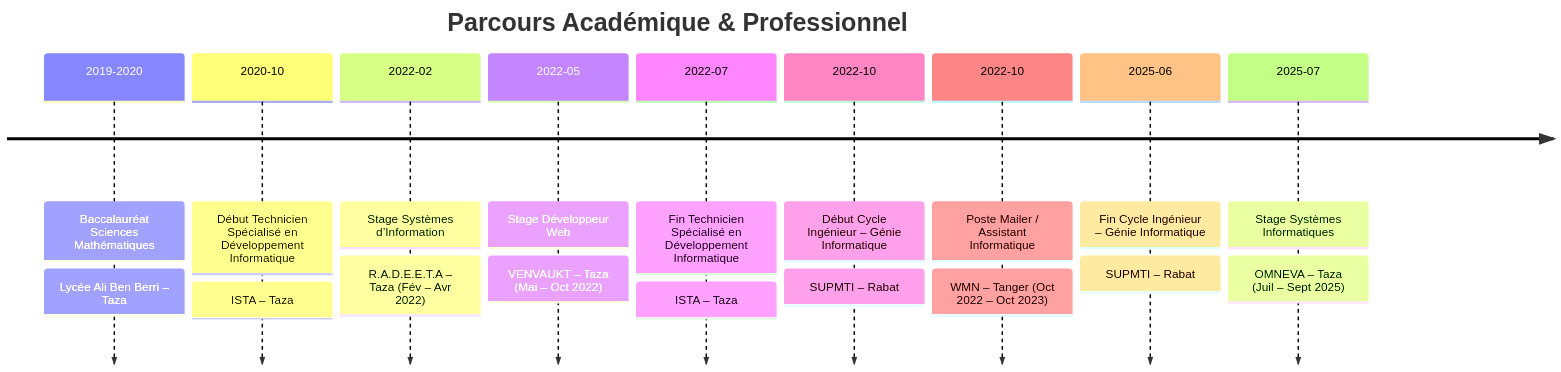
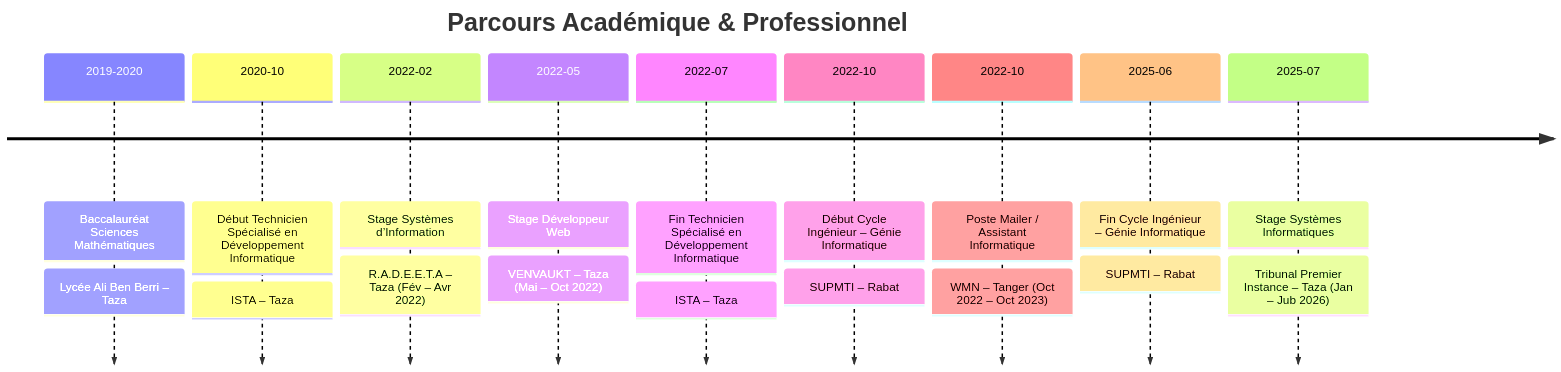
One commit to AYMANE777/AYMANE777 changed the diagram in README.md. Above: the diagram before and after it, drawn with Mermaid.

Commit message:
Update internship details in README

````diff
--- a/README.md
+++ b/README.md
@@ -70,32 +70,32 @@
 ```mermaid
 timeline
     title Parcours Académique & Professionnel
 
     2019-2020 : Baccalauréat Sciences Mathématiques
               : Lycée Ali Ben Berri – Taza
 
     2020-10 : Début Technicien Spécialisé en Développement Informatique
             : ISTA – Taza
 
     2022-02 : Stage Systèmes d’Information
             : R.A.D.E.E.T.A – Taza (Fév – Avr 2022)
 
     2022-05 : Stage Développeur Web
             : VENVAUKT – Taza (Mai – Oct 2022)
 
     2022-07 : Fin Technicien Spécialisé en Développement Informatique
             : ISTA – Taza
 
     2022-10 : Début Cycle Ingénieur – Génie Informatique
             : SUPMTI – Rabat
 
     2022-10 : Poste Mailer / Assistant Informatique
             : WMN – Tanger (Oct 2022 – Oct 2023)
 
     2025-06 : Fin Cycle Ingénieur – Génie Informatique
             : SUPMTI – Rabat
 
     2025-07 : Stage Systèmes Informatiques
-            : OMNEVA – Taza (Juil – Sept 2025)
+            : Tribunal Premier Instance – Taza (Jan – Jub 2026)
     
 ```
````
